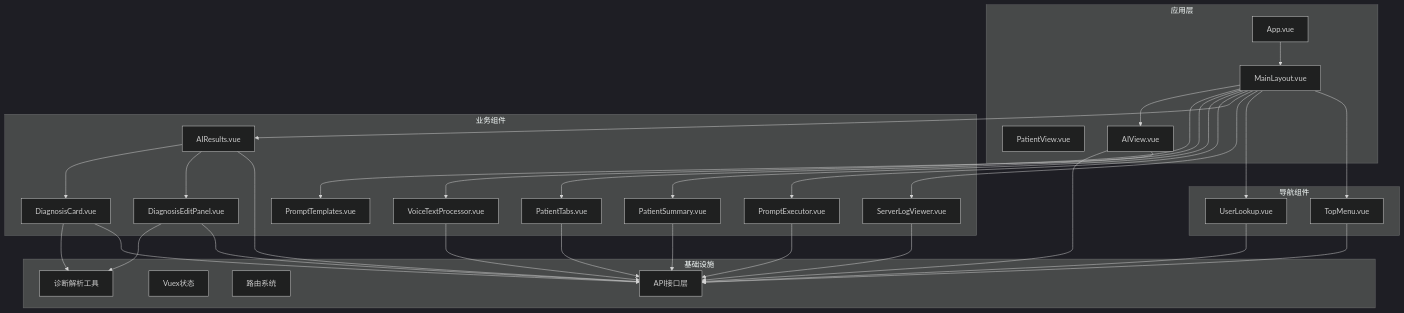
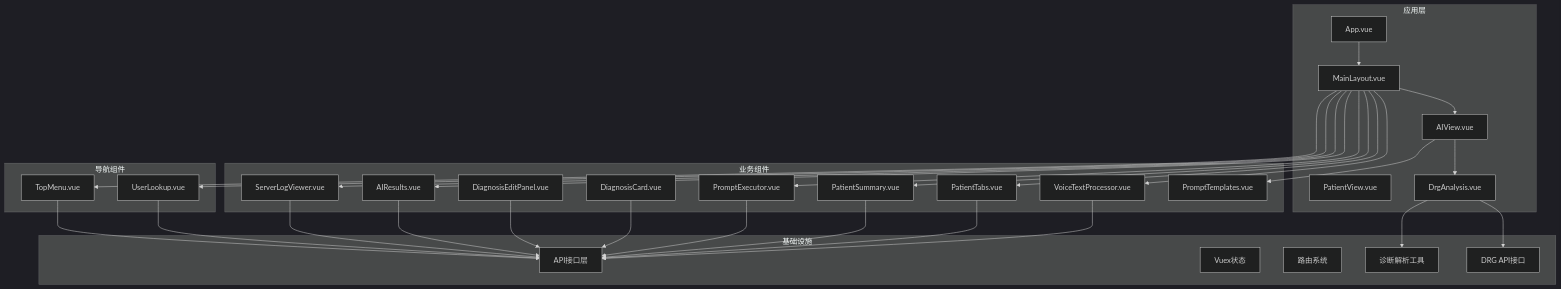
One commit to liuzh2008/med_ai_assistant_workspace changed diagram 42 of 47 in .qoder/repowiki/zh/content/Vue Component Documentation.md. Above: the diagram before and after it, drawn with Mermaid (dark theme). The commit also changed other lines of this file and 9 other files, not shown here.

````diff
--- a/.qoder/repowiki/zh/content/Vue Component Documentation.md
+++ b/.qoder/repowiki/zh/content/Vue Component Documentation.md
@@ -1517,56 +1666,56 @@
 ```mermaid
 graph TD
 subgraph "应用层"
 App[App.vue]
 MainLayout[MainLayout.vue]
 PatientView[PatientView.vue]
 AIView[AIView.vue]
+DrgAnalysis[DrgAnalysis.vue]
 end
 subgraph "导航组件"
 TopMenu[TopMenu.vue]
 UserLookup[UserLookup.vue]
 end
 subgraph "业务组件"
 ServerLogViewer[ServerLogViewer.vue]
 AIResults[AIResults.vue]
 DiagnosisEditPanel[DiagnosisEditPanel.vue]
 DiagnosisCard[DiagnosisCard.vue]
 PromptExecutor[PromptExecutor.vue]
 PatientSummary[PatientSummary.vue]
 PatientTabs[PatientTabs.vue]
 VoiceTextProcessor[VoiceTextProcessor.vue]
 PromptTemplates[PromptTemplates.vue]
 end
 subgraph "基础设施"
 API[API接口层]
 Store[Vuex状态]
 Router[路由系统]
 DiagnosisParser[诊断解析工具]
+DRGAPI[DRG API接口]
 end
 App --> MainLayout
 MainLayout --> TopMenu
 MainLayout --> UserLookup
 MainLayout --> ServerLogViewer
 MainLayout --> AIResults
 MainLayout --> PromptExecutor
 MainLayout --> PatientSummary
 MainLayout --> PatientTabs
 MainLayout --> VoiceTextProcessor
 MainLayout --> AIView
 AIView --> PromptTemplates
+AIView --> DrgAnalysis
 TopMenu --> API
 UserLookup --> API
 ServerLogViewer --> API
 AIResults --> API
 DiagnosisEditPanel --> API
 DiagnosisCard --> API
 PromptExecutor --> API
 PatientSummary --> API
 PatientTabs --> API
 VoiceTextProcessor --> API
-AIView --> API
-AIResults --> DiagnosisEditPanel
-AIResults --> DiagnosisCard
-DiagnosisEditPanel --> DiagnosisParser
-DiagnosisCard --> DiagnosisParser
+DrgAnalysis --> DRGAPI
+DrgAnalysis --> DiagnosisParser
 ```
````
